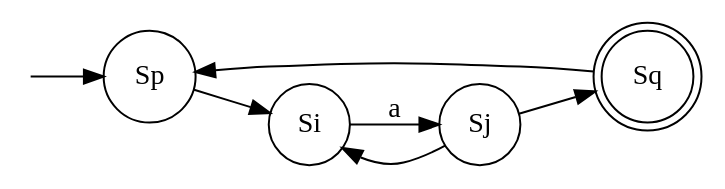
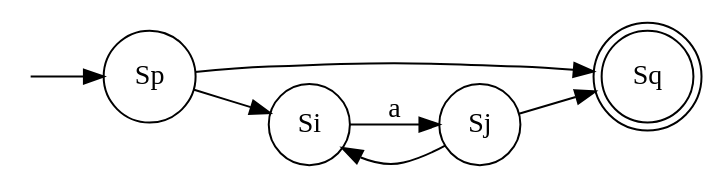
One commit to obcode/compiler changed the diagram in img/02/NFAastar.dot. Above: the diagram before and after it, drawn with Graphviz.

```diff
--- a/img/02/NFAastar.dot
+++ b/img/02/NFAastar.dot
@@ -1,13 +1,13 @@
 digraph finite_state_machine {
     rankdir=LR;
     size="8,5"
     node [shape = point, color=white, fontcolor=white]; start;
     node [shape = doublecircle, color=black, fontcolor=black]; Sq;
     node [shape = circle];
     start -> Sp;
     Sp -> Si;
     Si -> Sj [ label = "a" ];
     Sj -> Si [ label = " " ];
     Sj -> Sq;
-    Sq -> Sp;
+    Sp -> Sq;
 }
```
